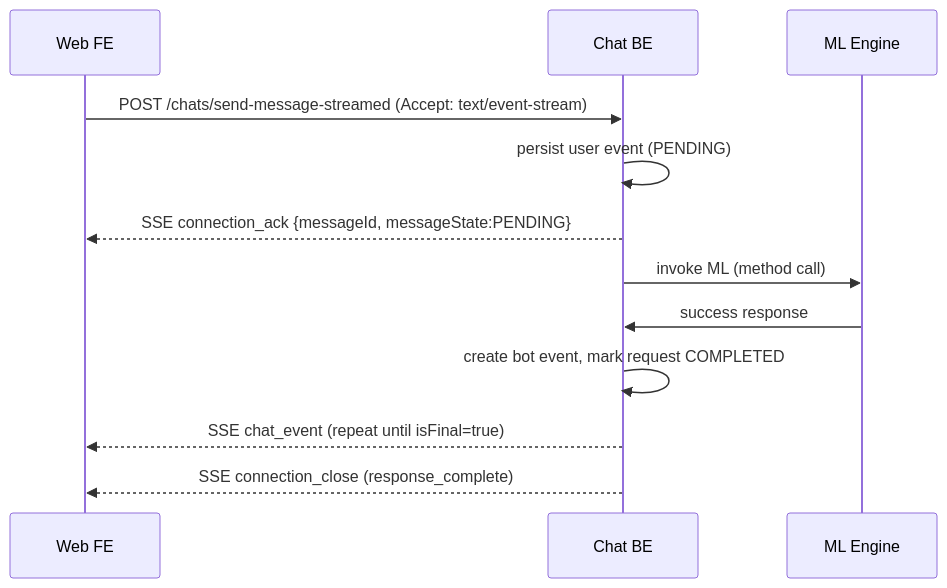
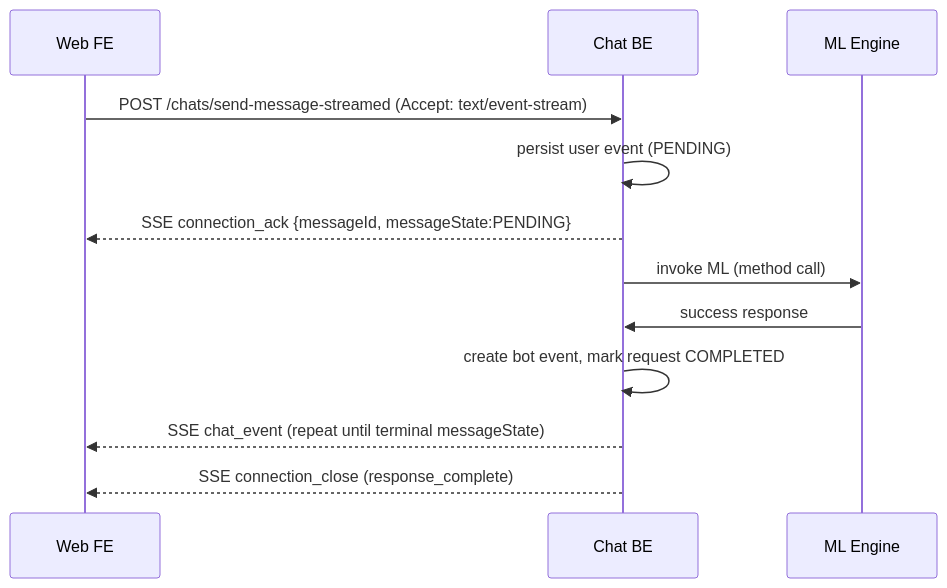
One commit to sachin-hg/chat-demo changed the first of 5 diagrams in chat_v1.md. Above: the diagram before and after it, drawn with Mermaid. The commit also changed other lines of this file and 15 other files, not shown here.

````diff
--- a/chat_v1.md
+++ b/chat_v1.md
@@ -468,16 +461,16 @@
 ```mermaid
 sequenceDiagram
     participant FE as Web FE
     participant BE as Chat BE
     participant ML as ML Engine
 
     FE->>BE: POST /chats/send-message-streamed (Accept: text/event-stream)
     BE->>BE: persist user event (PENDING)
     BE-->>FE: SSE connection_ack {messageId, messageState:PENDING}
     BE->>ML: invoke ML (method call)
 
     ML->>BE: success response
     BE->>BE: create bot event, mark request COMPLETED
-    BE-->>FE: SSE chat_event (repeat until isFinal=true)
+    BE-->>FE: SSE chat_event (repeat until terminal messageState)
     BE-->>FE: SSE connection_close (response_complete)
 ```
````
